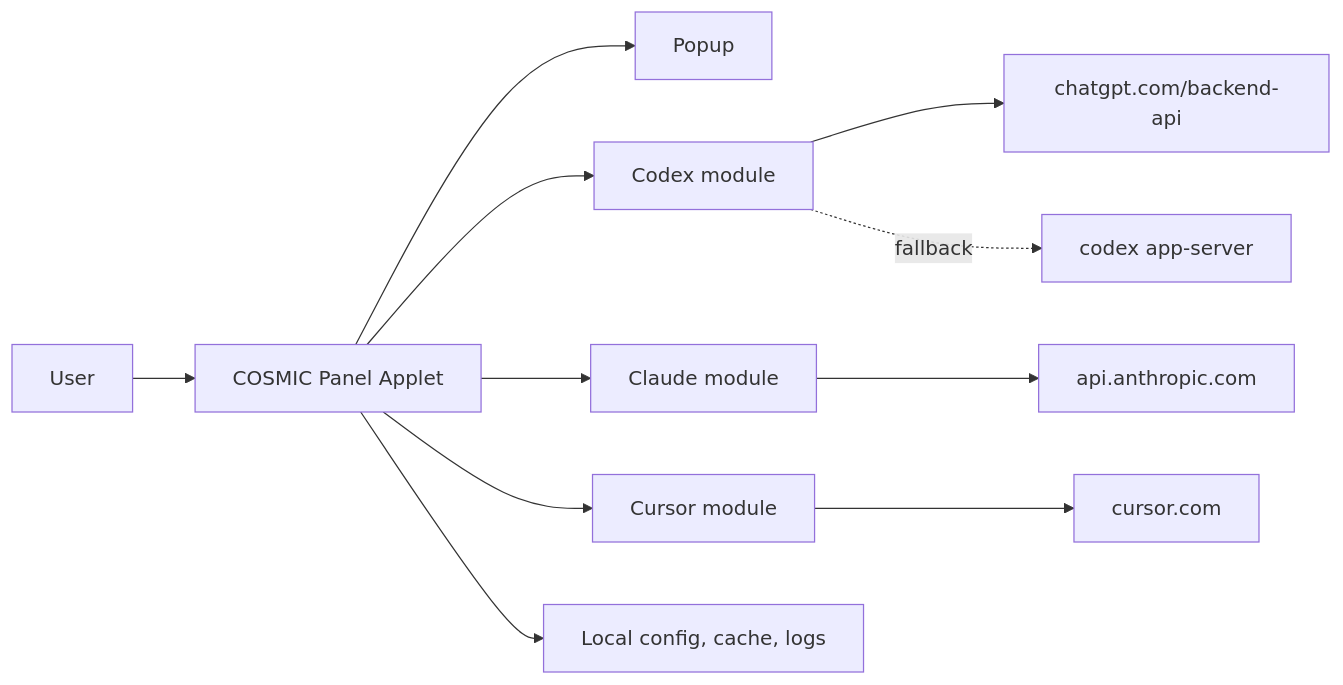
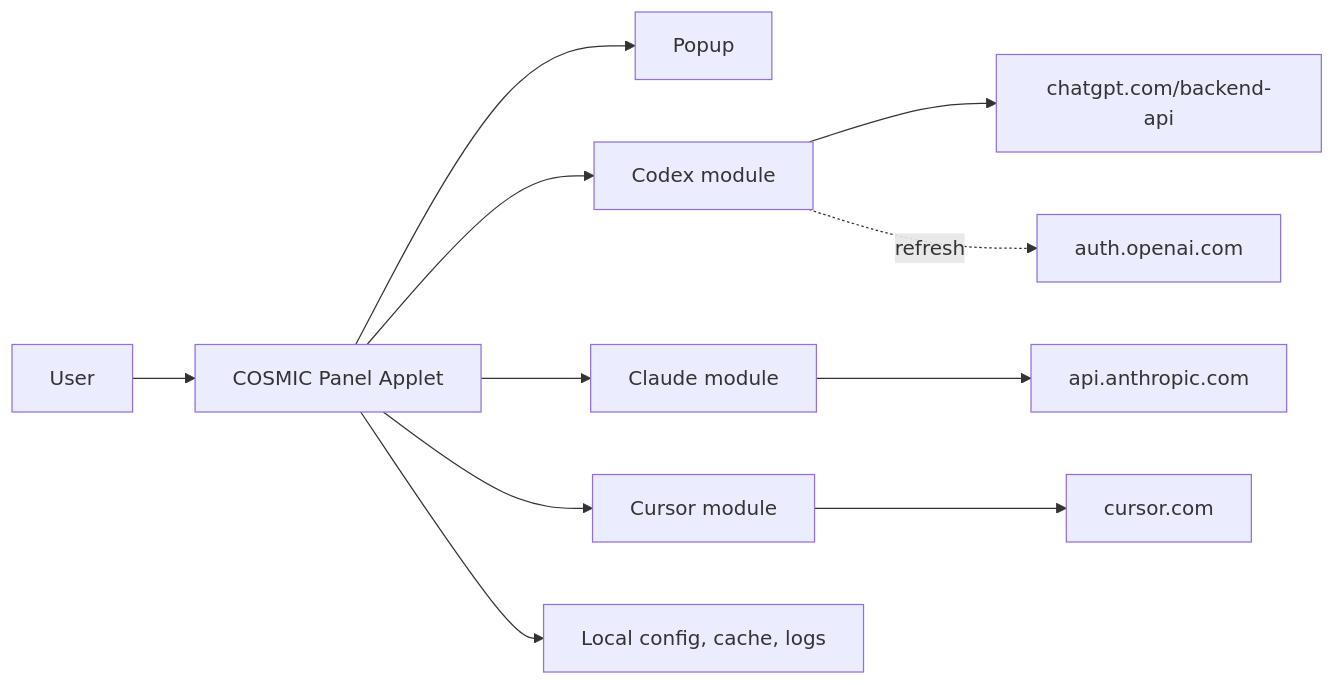
One commit to TopiCsarno/yapcap changed the first of 2 diagrams in docs/spec.md. Above: the diagram before and after it, drawn with Mermaid. The commit also changed other lines of this file and 3 other files, not shown here.

````diff
--- a/docs/spec.md
+++ b/docs/spec.md
@@ -60,13 +60,13 @@
 ```mermaid
 flowchart LR
     User[User] --> Panel[COSMIC Panel Applet]
     Panel --> Popup[Popup]
     Panel --> Codex[Codex module]
     Panel --> Claude[Claude module]
     Panel --> Cursor[Cursor module]
     Codex --> OpenAI[chatgpt.com/backend-api]
-    Codex -.fallback.-> CodexCLI[codex app-server]
+    Codex -.refresh.-> OpenAIAuth[auth.openai.com]
     Claude --> Anthropic[api.anthropic.com]
     Cursor --> CursorAPI[cursor.com]
     Panel --> Local[Local config, cache, logs]
 ```
````
